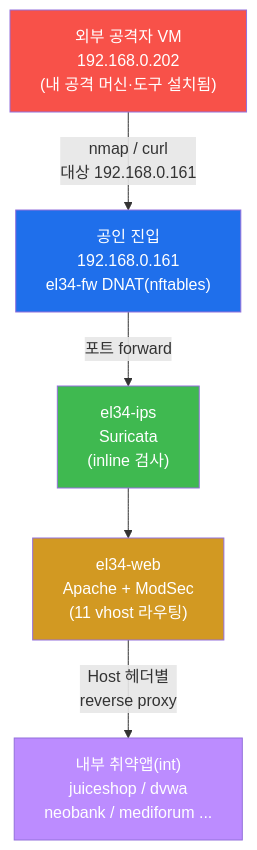
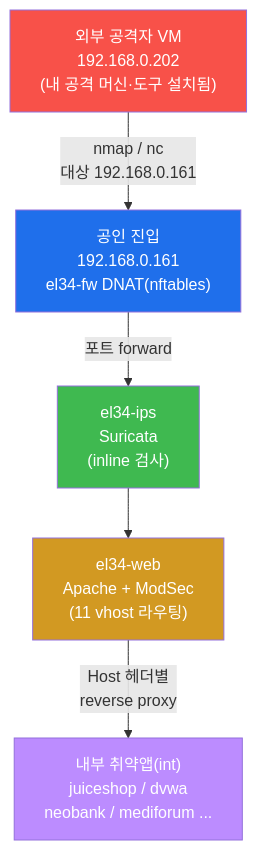
Before and after one commit to mrgrit/tw2: the fifth of 7 diagrams in contents/training/attack/lecture_week01.md, drawn with Mermaid. The commit also changed other lines of this file and 10 other files, not shown here.

````diff
--- a/contents/training/attack/lecture_week01.md
+++ b/contents/training/attack/lecture_week01.md
@@ -315,17 +315,17 @@
 ```mermaid
 graph TD
     ATT["외부 공격자 VM<br/>192.168.0.202<br/>(내 공격 머신·도구 설치됨)"]
     FW["공인 진입<br/>192.168.0.161<br/>el34-fw DNAT(nftables)"]
     IPS["el34-ips<br/>Suricata<br/>(inline 검사)"]
     WEB["el34-web<br/>Apache + ModSec<br/>(11 vhost 라우팅)"]
     APPS["내부 취약앱(int)<br/>juiceshop / dvwa<br/>neobank / mediforum ..."]
-    ATT -->|"nmap / curl<br/>대상 192.168.0.161"| FW
+    ATT -->|"nmap / nc<br/>대상 192.168.0.161"| FW
     FW -->|"포트 forward"| IPS
     IPS --> WEB
     WEB -->|"Host 헤더별<br/>reverse proxy"| APPS
     style ATT fill:#f85149,color:#fff
     style FW fill:#1f6feb,color:#fff
     style IPS fill:#3fb950,color:#fff
     style WEB fill:#d29922,color:#fff
     style APPS fill:#bc8cff,color:#fff
 ```
````
